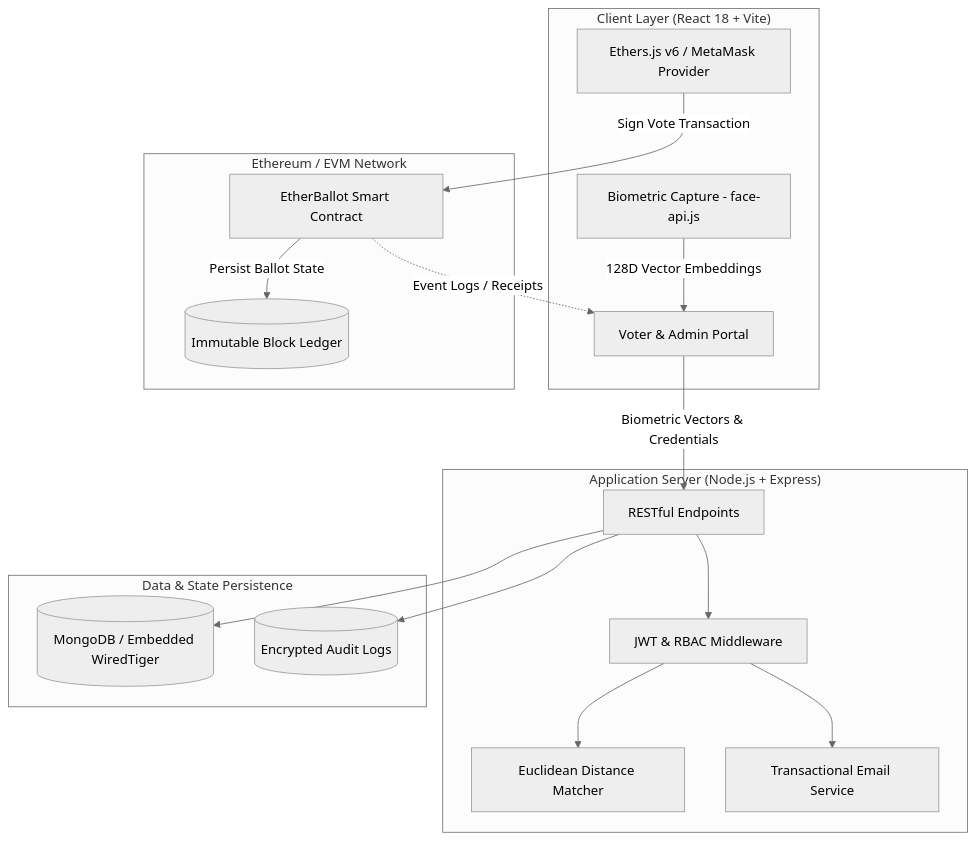
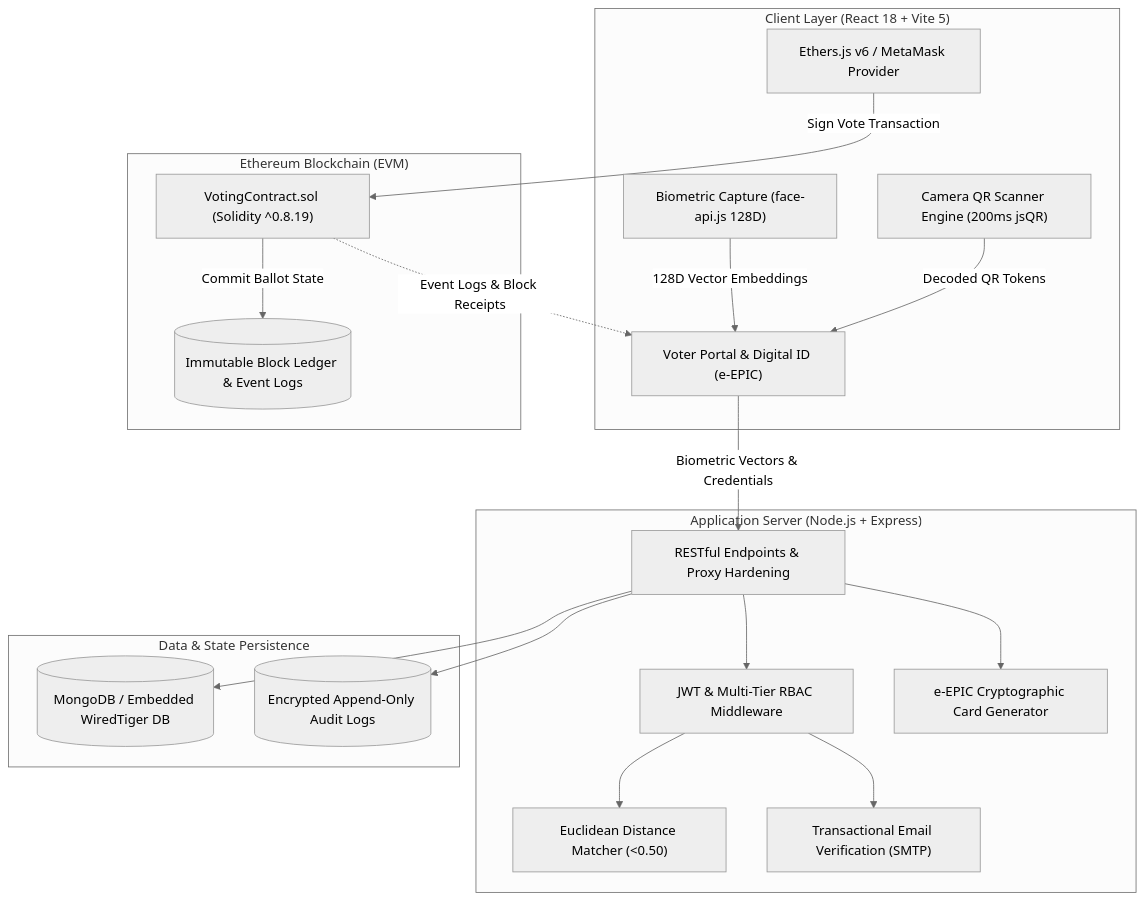
Before and after one commit to SHASHANKX11/-etherballot: the diagram in README.md, drawn with Mermaid (neutral theme). The commit also changed other lines of this file, not shown here.

Commit message:
docs: update README with enhanced overview, architecture details, and localhost service endpoints

````diff
--- a/README.md
+++ b/README.md
@@ -253,36 +114,40 @@
 ```mermaid
 flowchart TD
-    subgraph Client ["Client Layer (React 18 + Vite)"]
-        UI[Voter & Admin Portal]
-        Face[Biometric Capture - face-api.js]
-        Web3[Ethers.js v6 / MetaMask Provider]
+    subgraph Client ["Client Layer (React 18 + Vite 5)"]
+        UI["Voter Portal & Digital ID (e-EPIC)"]
+        Face["Biometric Capture (face-api.js 128D)"]
+        QRScanner["Camera QR Scanner Engine (200ms jsQR)"]
+        Web3["Ethers.js v6 / MetaMask Provider"]
     end
 
     subgraph Server ["Application Server (Node.js + Express)"]
-        API[RESTful Endpoints]
-        Auth[JWT & RBAC Middleware]
-        BioVerify[Euclidean Distance Matcher]
-        Mail[Transactional Email Service]
+        API["RESTful Endpoints & Proxy Hardening"]
+        Auth["JWT & Multi-Tier RBAC Middleware"]
+        BioVerify["Euclidean Distance Matcher (<0.50)"]
+        Mail["Transactional Email Verification (SMTP)"]
+        CardGen["e-EPIC Cryptographic Card Generator"]
     end
 
     subgraph Data ["Data & State Persistence"]
-        Mongo[(MongoDB / Embedded WiredTiger)]
-        Audit[(Encrypted Audit Logs)]
+        Mongo[("MongoDB / Embedded WiredTiger DB")]
+        Audit[("Encrypted Append-Only Audit Logs")]
     end
 
-    subgraph Blockchain ["Ethereum / EVM Network"]
-        Contract[EtherBallot Smart Contract]
-        Ledger[(Immutable Block Ledger)]
+    subgraph Blockchain ["Ethereum Blockchain (EVM)"]
+        Contract["VotingContract.sol (Solidity ^0.8.19)"]
+        Ledger[("Immutable Block Ledger & Event Logs")]
     end
 
     UI -->|Biometric Vectors & Credentials| API
     Face -->|128D Vector Embeddings| UI
+    QRScanner -->|Decoded QR Tokens| UI
     Web3 -->|Sign Vote Transaction| Contract
-    Contract -->|Persist Ballot State| Ledger
+    Contract -->|Commit Ballot State| Ledger
     API --> Auth
     Auth --> BioVerify
     Auth --> Mail
+    API --> CardGen
     API --> Mongo
     API --> Audit
-    Contract -.->|Event Logs / Receipts| UI
+    Contract -.->|Event Logs & Block Receipts| UI
 ```
````
